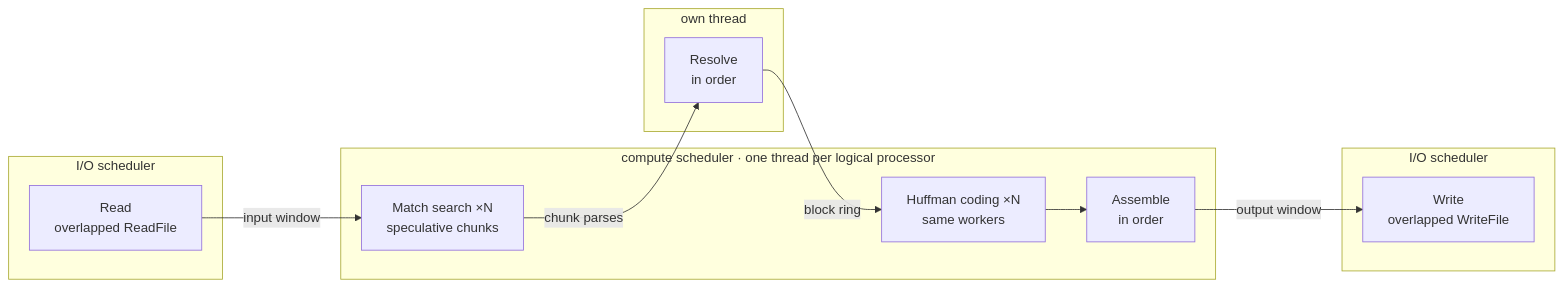
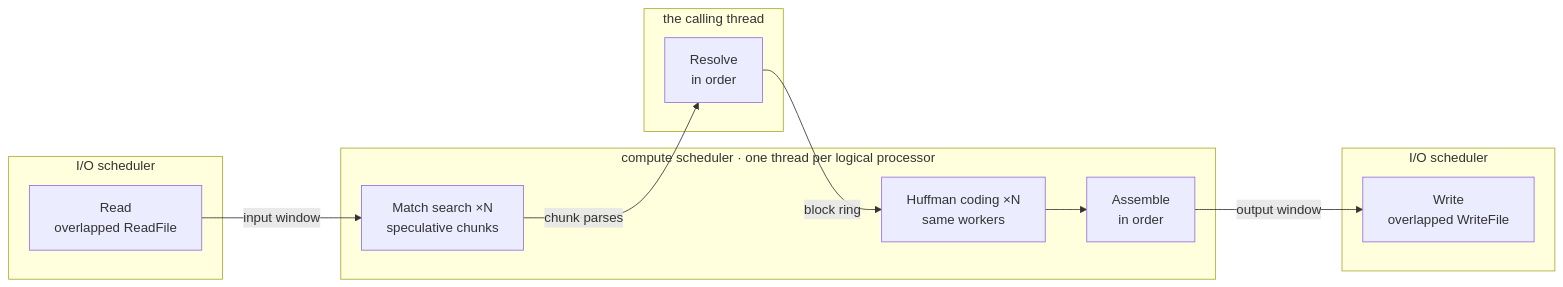
One commit to ThinkMeta-com/ThinkMeta.ConcurrentTasks.Samples changed the diagram in ctDeflate/README.md. Above: the diagram before and after it, drawn with Mermaid. The commit also changed other lines of this file and 700 other files, not shown here.

````diff
--- a/ctDeflate/README.md
+++ b/ctDeflate/README.md
@@ -160,22 +160,22 @@
 ```mermaid
 flowchart LR
     subgraph io1 ["I/O scheduler"]
         R["Read<br/>overlapped ReadFile"]
     end
     subgraph cpu ["compute scheduler · one thread per logical processor"]
         P["Match search ×N<br/>speculative chunks"]
         E["Huffman coding ×N<br/>same workers"]
         S["Assemble<br/>in order"]
     end
-    subgraph own ["own thread"]
+    subgraph own ["the calling thread"]
         V["Resolve<br/>in order"]
     end
     subgraph io2 ["I/O scheduler"]
         W["Write<br/>overlapped WriteFile"]
     end
     R -- "input window" --> P
     P -- "chunk parses" --> V
     V -- "block ring" --> E
     E --> S
     S -- "output window" --> W
 ```
````
